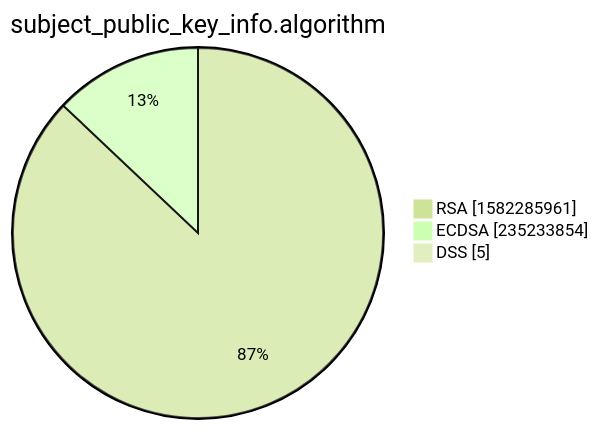
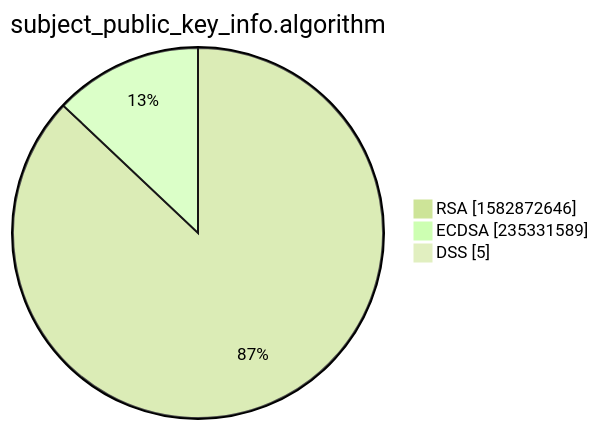
Before and after one commit to christiankrug/ctmonitor_visualization: the third of 15 diagrams in xenon2022/README.md, drawn with Mermaid (forest theme). The commit also changed other lines of this file, not shown here.

````diff
--- a/xenon2022/README.md
+++ b/xenon2022/README.md
@@ -14,7 +14,7 @@
 ```mermaid
 pie showData
 title subject_public_key_info.algorithm
-"RSA" :1582285961
-"ECDSA" :235233854
+"RSA" :1582872646
+"ECDSA" :235331589
 "DSS" :5
 ```
````
